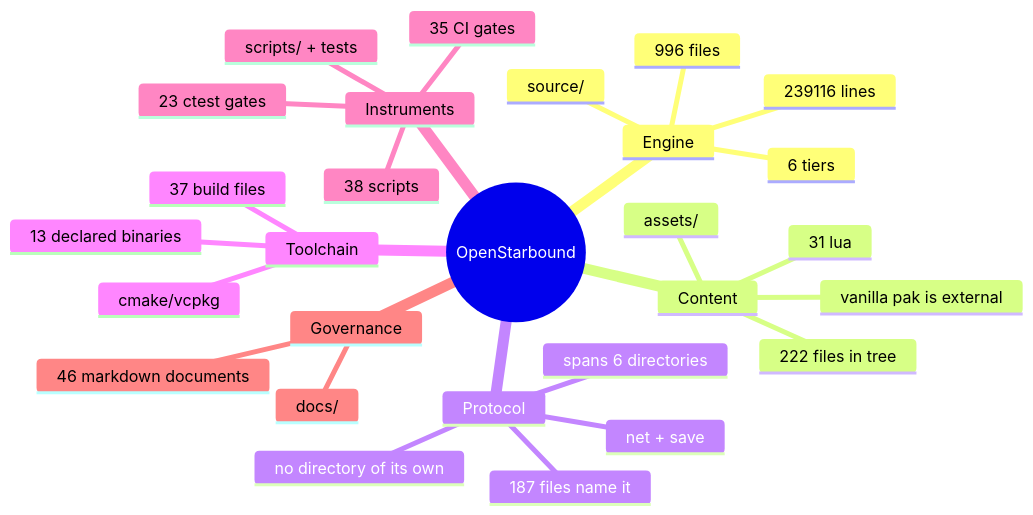
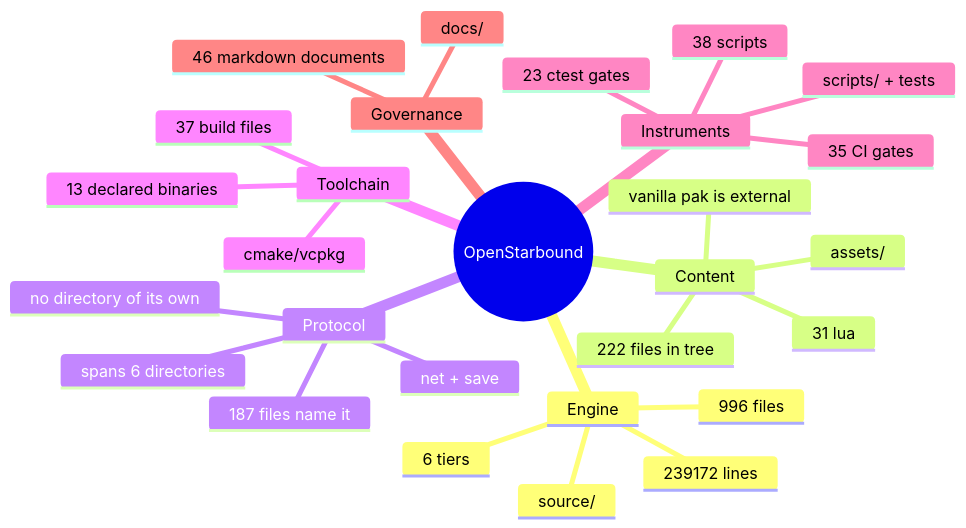
One commit to apnex/OpenStarbound changed the second of 11 diagrams in docs/architecture/system-boundaries.md. Above: the diagram before and after it, drawn with Mermaid. The commit also changed other lines of this file and 8 other files, not shown here.

````diff
--- a/docs/architecture/system-boundaries.md
+++ b/docs/architecture/system-boundaries.md
@@ -166,31 +166,31 @@
 ```mermaid
 mindmap
   root((OpenStarbound))
     Engine
       source/
       996 files
-      239116 lines
+      239172 lines
       6 tiers
     Content
       assets/
       222 files in tree
       31 lua
       vanilla pak is external
     Protocol
       net + save
       187 files name it
       spans 6 directories
       no directory of its own
     Toolchain
       cmake/vcpkg
       37 build files
       13 declared binaries
     Instruments
       scripts/ + tests
       38 scripts
       23 ctest gates
       35 CI gates
     Governance
       docs/
       46 markdown documents
 ```
````
